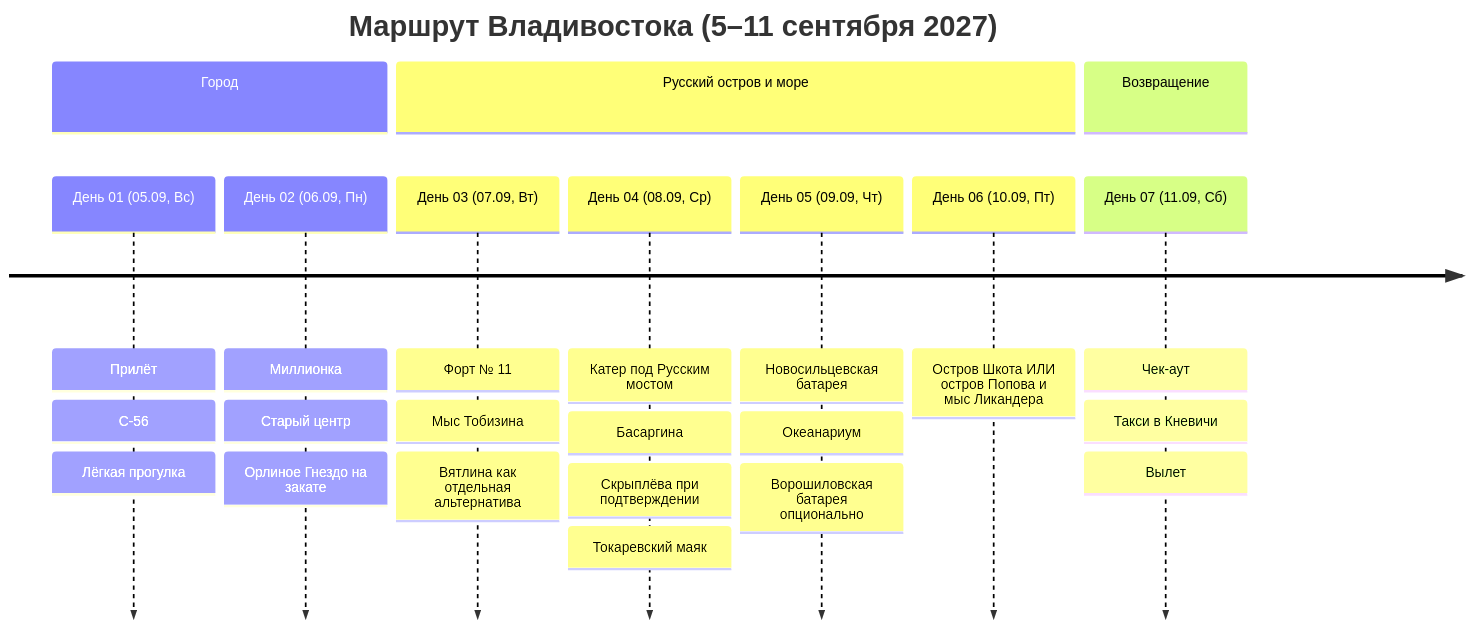
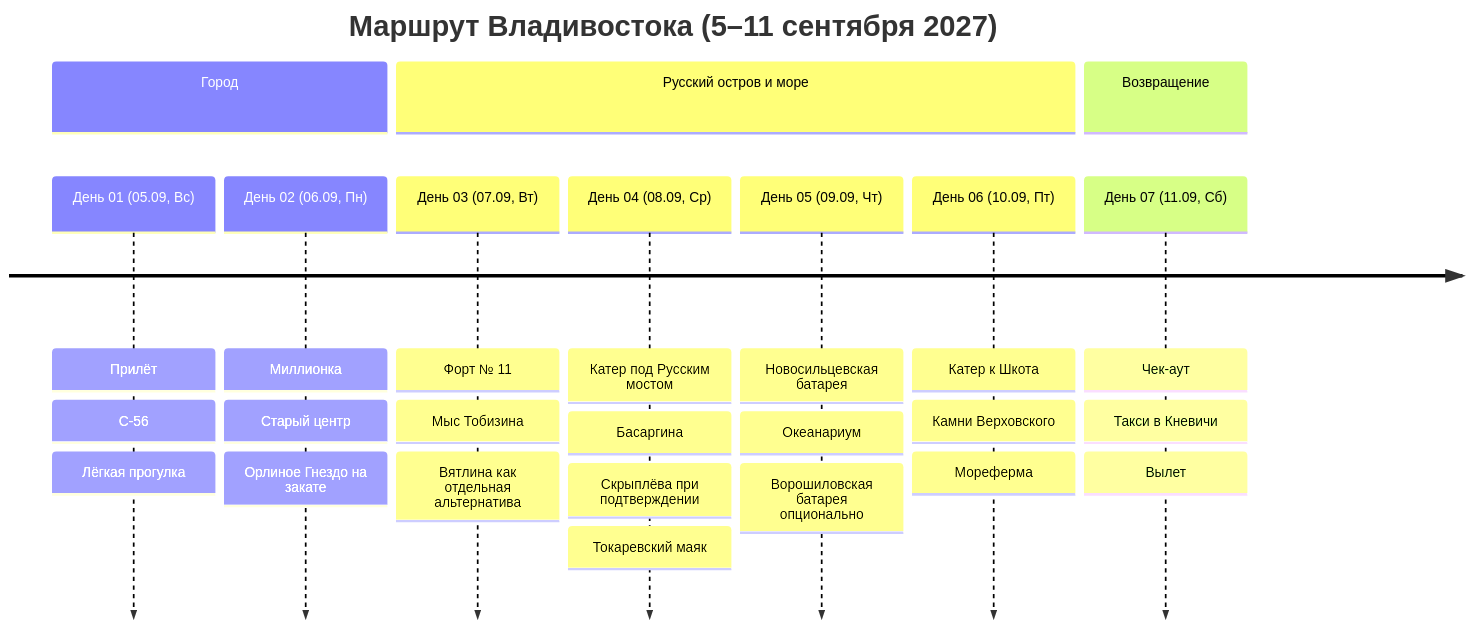
Before and after one commit to injurka/obsidian-mark: the diagram in Personal Note/Travel/-- Владивосток/Владивосток.md, drawn with Mermaid. The commit also changed other lines of this file and 19 other files, not shown here.

````diff
--- a/Personal Note/Travel/-- Владивосток/Владивосток.md
+++ b/Personal Note/Travel/-- Владивосток/Владивосток.md
@@ -42,14 +42,14 @@
 ```mermaid
 timeline
     title Маршрут Владивостока (5–11 сентября 2027)
     section Город
         День 01 (05.09, Вс) : Прилёт : С-56 : Лёгкая прогулка
         День 02 (06.09, Пн) : Миллионка : Старый центр : Орлиное Гнездо на закате
     section Русский остров и море
         День 03 (07.09, Вт) : Форт № 11 : Мыс Тобизина : Вятлина как отдельная альтернатива
         День 04 (08.09, Ср) : Катер под Русским мостом : Басаргина : Скрыплёва при подтверждении : Токаревский маяк
         День 05 (09.09, Чт) : Новосильцевская батарея : Океанариум : Ворошиловская батарея опционально
-        День 06 (10.09, Пт) : Остров Шкота ИЛИ остров Попова и мыс Ликандера
+        День 06 (10.09, Пт) : Катер к Шкота : Камни Верховского : Мореферма
     section Возвращение
         День 07 (11.09, Сб) : Чек-аут : Такси в Кневичи : Вылет
 ```
````
